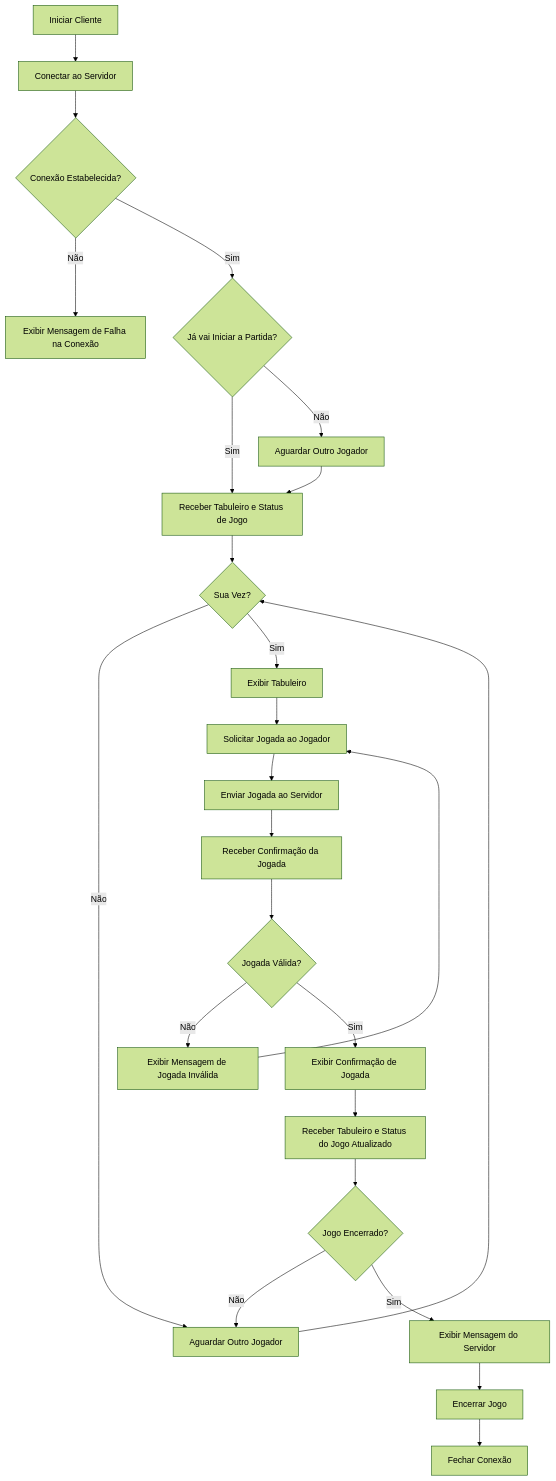
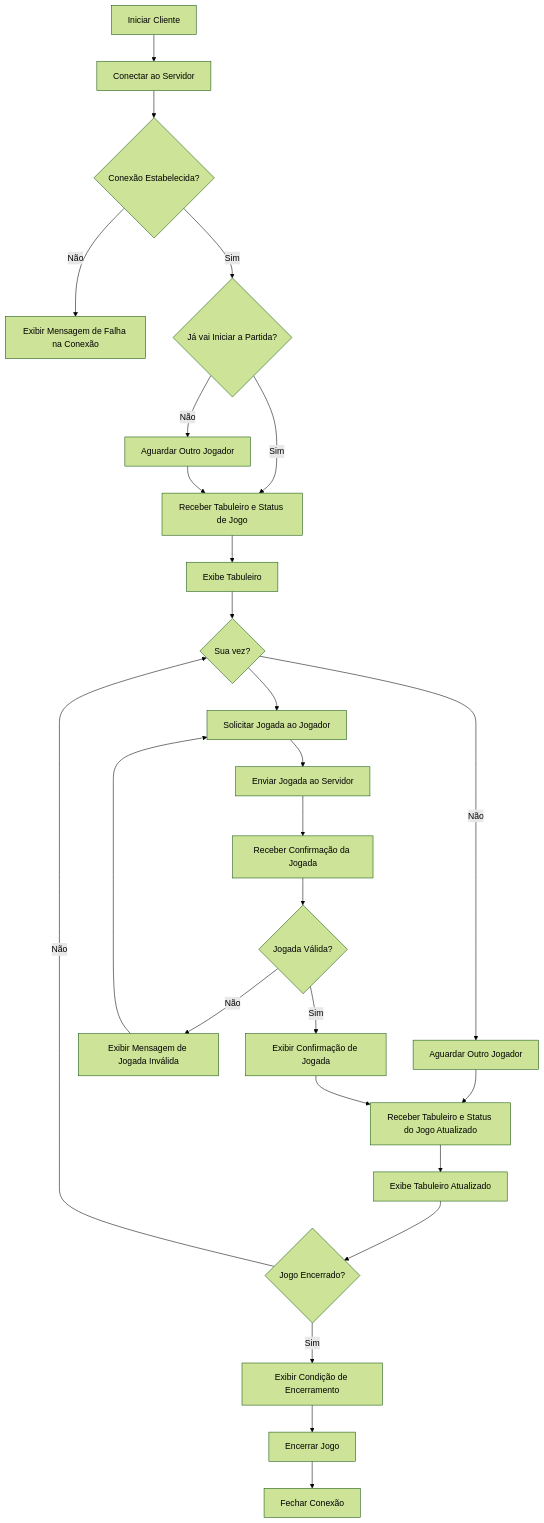
The diagram in Jogo da Velha/README.md (Hoffmann365/avaliacao_redes), drawn with Mermaid (forest theme) before and after one commit. The commit also changed other lines of this file, not shown here.

Commit message:
Alterações no Fluxograma e correção no README.md (Jogo da Velha)

````diff
--- a/Jogo da Velha/README.md
+++ b/Jogo da Velha/README.md
@@ -30,27 +30,29 @@
 ```mermaid
 flowchart TD
     A[Iniciar Cliente] --> B[Conectar ao Servidor]
     B --> C{Conexão Estabelecida?}
     C -- Não --> D[Exibir Mensagem de Falha na Conexão]
     C -- Sim --> E{Já vai Iniciar a Partida?}
     E -- Sim --> G[Receber Tabuleiro e Status de Jogo]
     E -- Não --> F[Aguardar Outro Jogador]
     F --> G
-    G --> H{Sua Vez?}
-    H -- Não --> I[Aguardar Outro Jogador]
-    I --> H
-    H -- Sim --> J[Exibir Tabuleiro]
+    G --> H[Exibe Tabuleiro]
+    J -- Não --> I[Aguardar Outro Jogador]
+    I --> P
+    H --> J{Sua vez?}
     J --> K[Solicitar Jogada ao Jogador]
     K --> L[Enviar Jogada ao Servidor]
     L --> S[Receber Confirmação da Jogada]
     S --> M{Jogada Válida?}
     M -- Não --> N[Exibir Mensagem de Jogada Inválida]
     N --> K
     M -- Sim --> O[Exibir Confirmação de Jogada]
     O --> P[Receber Tabuleiro e Status do Jogo Atualizado]
-    P --> Q{Jogo Encerrado?}
-    Q -- Não --> I
-    Q -- Sim --> R[Exibir Mensagem do Servidor]
+    P --> W
+    W --> Q{Jogo Encerrado?}
+    Q -- Não --> J
+    Q -- Sim --> R[Exibir Condição de Encerramento]
     R --> U[Encerrar Jogo]
     U --> V[Fechar Conexão]
+    W[Exibe Tabuleiro Atualizado]
 ```
````
